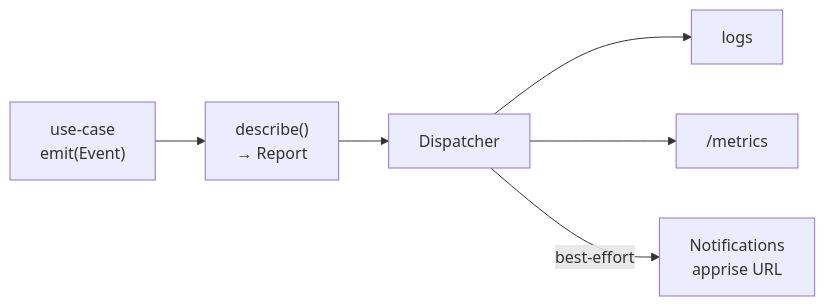
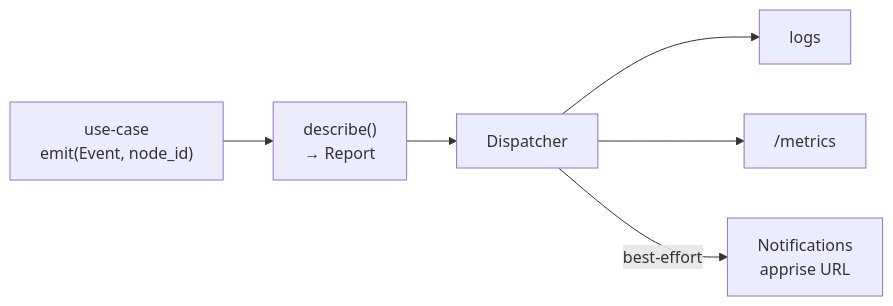
Diagram 12 of 12 in docs/contributing/architecture.md (mission-titar/p2pwatch), drawn with Mermaid before and after one commit. The commit also changed 19 other files, not shown here.

First line of the commit message:
refactor: the node_id reaches the notifications through emit and notify

````diff
--- a/docs/contributing/architecture.md
+++ b/docs/contributing/architecture.md
@@ -619,14 +619,14 @@
 ```mermaid
 flowchart LR
-  uc["use-case<br/>emit(Event)"]
+  uc["use-case<br/>emit(Event, node_id)"]
   desc["describe()<br/>→ Report"]
   disp["Dispatcher"]
   log["logs"]
   prom["/metrics"]
   notif["Notifications<br/>apprise URL"]
 
   uc --> desc --> disp
   disp --> log
   disp --> prom
   disp -->|best-effort| notif
 ```
````
